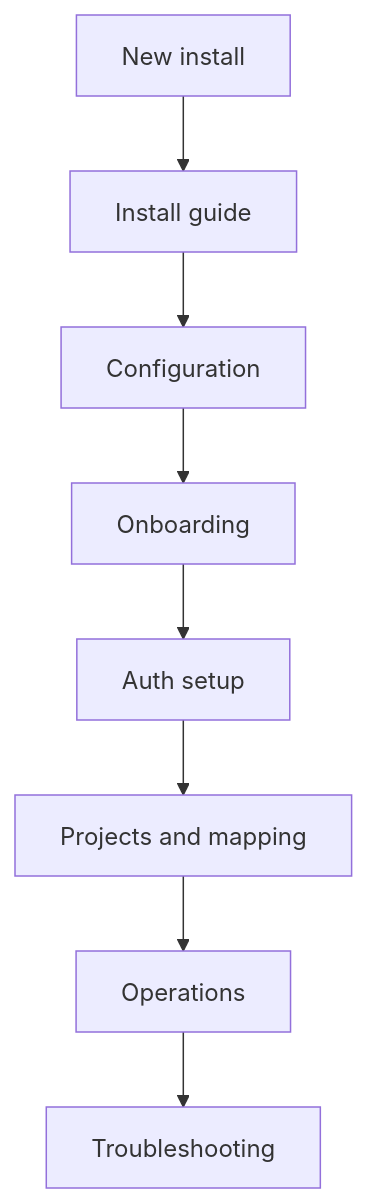
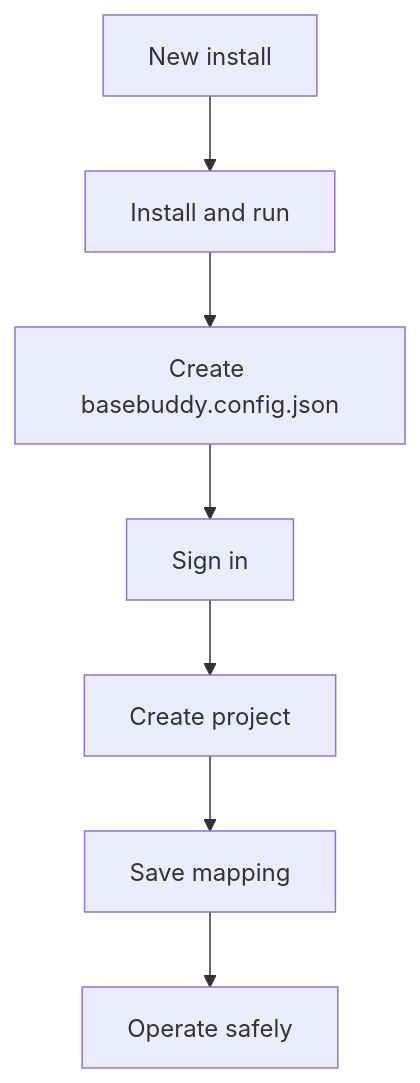
Before and after one commit to basebuddy-cms/basebuddy: the diagram in docs/README.md, drawn with Mermaid. The commit also changed other lines of this file and 209 other files, not shown here.

````diff
--- a/docs/README.md
+++ b/docs/README.md
@@ -32,10 +9,9 @@
 ```mermaid
 flowchart TD
-  Start["New install"] --> Install["Install guide"]
-  Install --> Config["Configuration"]
-  Config --> Onboarding["Onboarding"]
-  Onboarding --> Auth["Auth setup"]
-  Auth --> Mapping["Projects and mapping"]
-  Mapping --> Operate["Operations"]
-  Operate --> Troubleshoot["Troubleshooting"]
+  Start["New install"] --> Install["Install and run"]
+  Install --> Setup["Create basebuddy.config.json"]
+  Setup --> Login["Sign in"]
+  Login --> Project["Create project"]
+  Project --> Mapping["Save mapping"]
+  Mapping --> Operate["Operate safely"]
 ```
````
